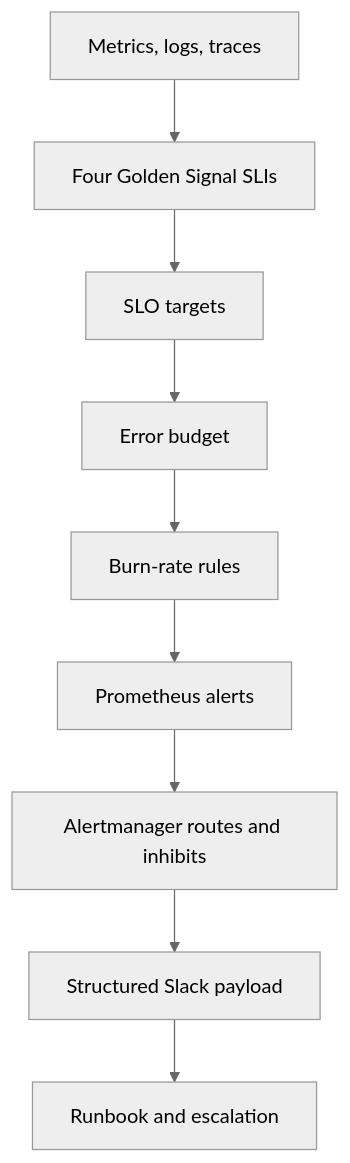
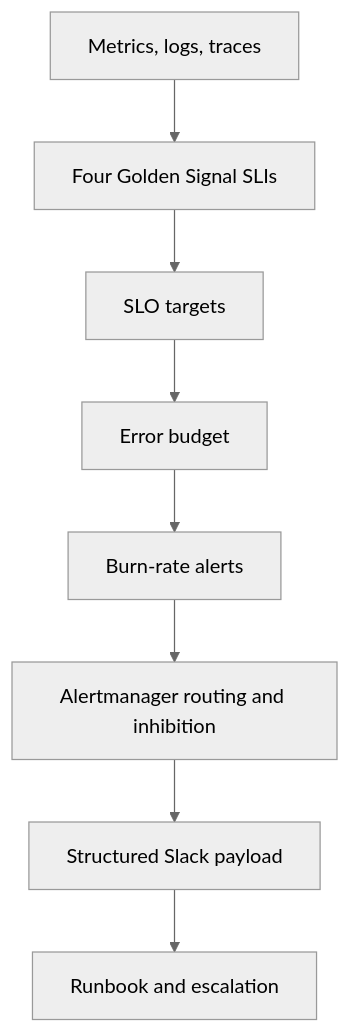
One commit to Okpainmo/personal-trainer-observability-and-reliability-deployment changed the third of 4 diagrams in docs/architecture.md. Above: the diagram before and after it, drawn with Mermaid (neutral theme). The commit also changed other lines of this file and 33 other files, not shown here.

````diff
--- a/docs/architecture.md
+++ b/docs/architecture.md
@@ -26,11 +37,10 @@
 ```mermaid
 flowchart TD
-  Metrics[Metrics, logs, traces] --> SLIs[Four Golden Signal SLIs]
+  Telemetry[Metrics, logs, traces] --> SLIs[Four Golden Signal SLIs]
   SLIs --> SLOs[SLO targets]
   SLOs --> Budget[Error budget]
-  Budget --> Burn[Burn-rate rules]
-  Burn --> Alerts[Prometheus alerts]
-  Alerts --> Alertmanager[Alertmanager routes and inhibits]
-  Alertmanager --> Slack[Structured Slack payload]
+  Budget --> Burn[Burn-rate alerts]
+  Burn --> AM[Alertmanager routing and inhibition]
+  AM --> Slack[Structured Slack payload]
   Slack --> Runbook[Runbook and escalation]
 ```
````
